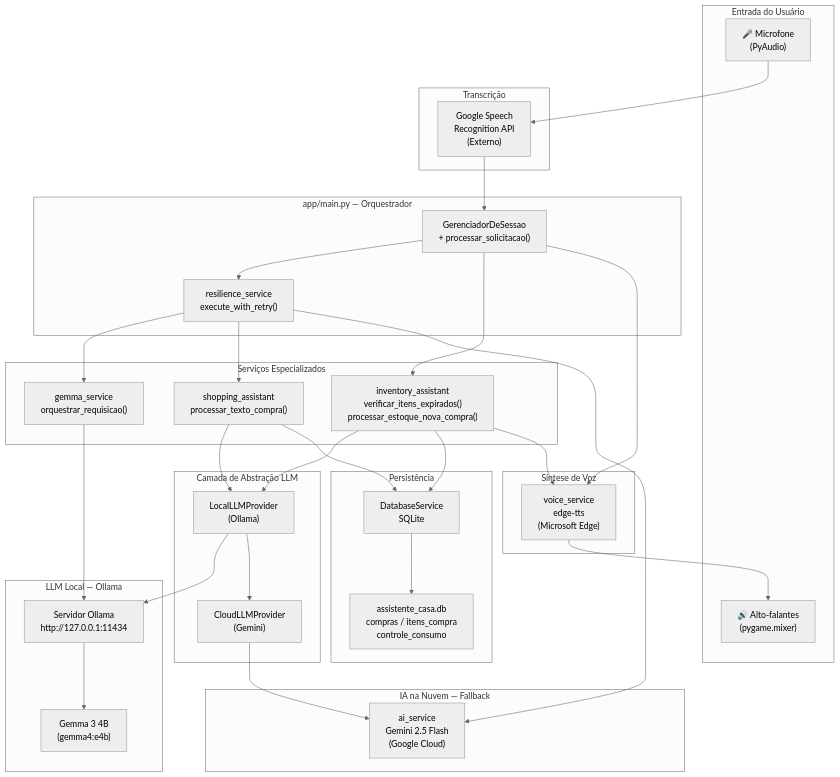
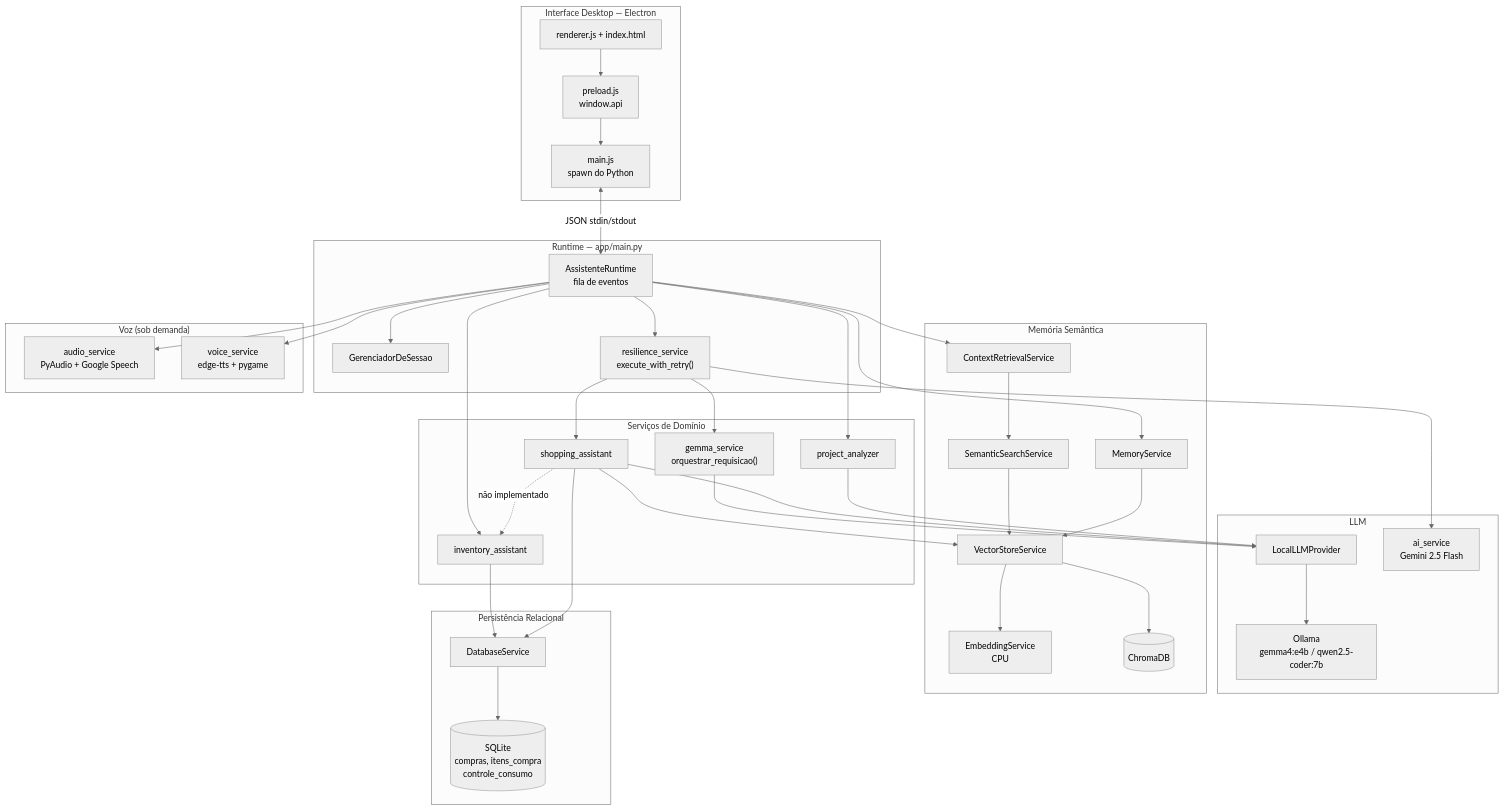
The first of 5 diagrams in Sobre a Versão/05 - Engenharia do Software.md (Felipe-Stu/assistente-domestico), drawn with Mermaid (neutral theme) before and after one commit. The commit also changed other lines of this file and 18 other files, not shown here.

First line of the commit message:
feat: Fase 1 — roteamento por regras, compras confiáveis e nuvem restrita

````diff
--- a/Sobre a Versão/05 - Engenharia do Software.md
+++ b/Sobre a Versão/05 - Engenharia do Software.md
@@ -12,60 +12,69 @@
 ```mermaid
 graph TB
-    subgraph "Entrada do Usuário"
-        MIC["🎤 Microfone\n(PyAudio)"]
-        SPK["🔊 Alto-falantes\n(pygame.mixer)"]
+    subgraph "Interface Desktop — Electron"
+        UI["renderer.js + index.html"]
+        BRIDGE["preload.js<br>window.api"]
+        EMAIN["main.js<br>spawn do Python"]
+        UI --> BRIDGE --> EMAIN
     end
 
-    subgraph "Transcrição"
-        STT["Google Speech\nRecognition API\n(Externo)"]
+    subgraph "Runtime — app/main.py"
+        RT["AssistenteRuntime<br>fila de eventos"]
+        SESSAO["GerenciadorDeSessao"]
+        RETRY["resilience_service<br>execute_with_retry()"]
+        RT --> SESSAO
+        RT --> RETRY
     end
 
-    subgraph "app/main.py — Orquestrador"
-        MAIN["GerenciadorDeSessao\n+ processar_solicitacao()"]
-        RETRY["resilience_service\nexecute_with_retry()"]
+    subgraph "Serviços de Domínio"
+        GEMMA_SVC["gemma_service<br>orquestrar_requisicao()"]
+        SHOPPING["shopping_assistant"]
+        INVENTORY["inventory_assistant"]
+        PA["project_analyzer"]
     end
 
-    subgraph "LLM Local — Ollama"
-        OLLAMA["Servidor Ollama\nhttp://127.0.0.1:11434"]
-        GEMMA["Gemma 3 4B\n(gemma4:e4b)"]
-        OLLAMA --> GEMMA
+    subgraph "LLM"
+        LOCAL_PROV["LocalLLMProvider"]
+        OLLAMA["Ollama<br>gemma4:e4b / qwen2.5-coder:7b"]
+        AI_SVC["ai_service<br>Gemini 2.5 Flash"]
+        LOCAL_PROV --> OLLAMA
     end
 
-    subgraph "Serviços Especializados"
-        GEMMA_SVC["gemma_service\norquestrar_requisicao()"]
-        SHOPPING["shopping_assistant\nprocessar_texto_compra()"]
-        INVENTORY["inventory_assistant\nverificar_itens_expirados()\nprocessar_estoque_nova_compra()"]
+    subgraph "Memória Semântica"
+        CTX["ContextRetrievalService"]
+        MEM["MemoryService"]
+        BUSCA["SemanticSearchService"]
+        VS["VectorStoreService"]
+        EMB["EmbeddingService<br>CPU"]
+        CHROMA[("ChromaDB")]
+        CTX --> BUSCA --> VS
+        MEM --> VS
+        VS --> EMB
+        VS --> CHROMA
     end
 
-    subgraph "Camada de Abstração LLM"
-        LOCAL_PROV["LocalLLMProvider\n(Ollama)"]
-        CLOUD_PROV["CloudLLMProvider\n(Gemini)"]
+    subgraph "Persistência Relacional"
+        DB["DatabaseService"]
+        SQLITE[("SQLite<br>compras, itens_compra<br>controle_consumo")]
+        DB --> SQLITE
     end
 
-    subgraph "IA na Nuvem — Fallback"
-        AI_SVC["ai_service\nGemini 2.5 Flash\n(Google Cloud)"]
+    subgraph "Voz (sob demanda)"
+        AUDIO["audio_service<br>PyAudio + Google Speech"]
+        TTS["voice_service<br>edge-tts + pygame"]
     end
 
-    subgraph "Persistência"
-        DB["DatabaseService\nSQLite"]
-        DBFILE["assistente_casa.db\ncompras / itens_compra\ncontrole_consumo"]
-    end
-
-    subgraph "Síntese de Voz"
-        TTS["voice_service\nedge-tts\n(Microsoft Edge)"]
-    end
-
-    MIC --> STT --> MAIN
-    MAIN --> RETRY
-    RETRY --> GEMMA_SVC --> OLLAMA
-    RETRY --> SHOPPING --> LOCAL_PROV --> OLLAMA
+    EMAIN <-->|"JSON stdin/stdout"| RT
+    RETRY --> GEMMA_SVC --> LOCAL_PROV
+    RETRY --> SHOPPING --> LOCAL_PROV
     RETRY --> AI_SVC
-    SHOPPING --> DB --> DBFILE
-    INVENTORY --> LOCAL_PROV
-    INVENTORY --> DB
-    MAIN --> INVENTORY
-    INVENTORY --> TTS --> SPK
-    MAIN --> TTS
-    LOCAL_PROV --> CLOUD_PROV
-    CLOUD_PROV --> AI_SVC
+    RT --> PA --> LOCAL_PROV
+    RT --> INVENTORY --> DB
+    SHOPPING --> DB
+    SHOPPING --> VS
+    RT --> CTX
+    RT --> MEM
+    RT --> AUDIO
+    RT --> TTS
+    SHOPPING -.->|"não implementado"| INVENTORY
 ```
````
